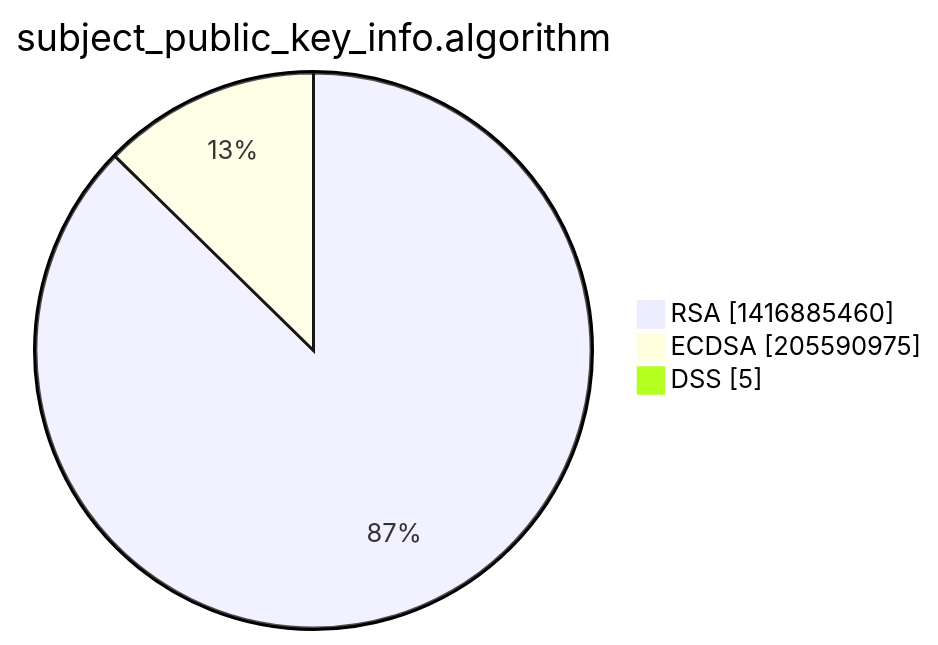
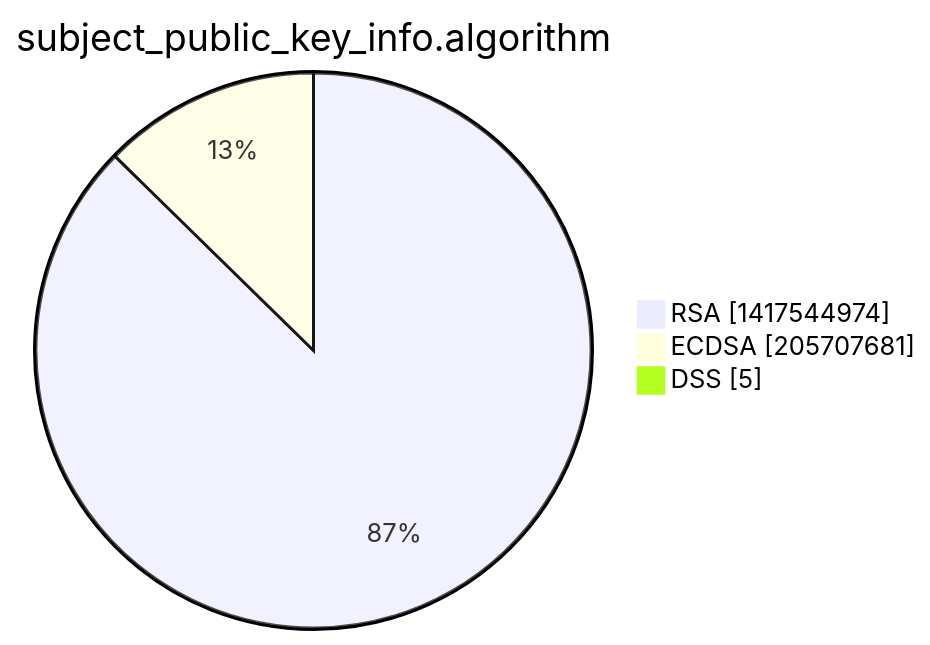
One commit to christiankrug/ctmonitor_visualization changed the third of 15 diagrams in xenon2022/README.md. Above: the diagram before and after it, drawn with Mermaid. The commit also changed other lines of this file, not shown here.

````diff
--- a/xenon2022/README.md
+++ b/xenon2022/README.md
@@ -14,7 +14,7 @@
 ```mermaid
 pie showData
 title subject_public_key_info.algorithm
-"RSA" :1416885460
-"ECDSA" :205590975
+"RSA" :1417544974
+"ECDSA" :205707681
 "DSS" :5
 ```
````
